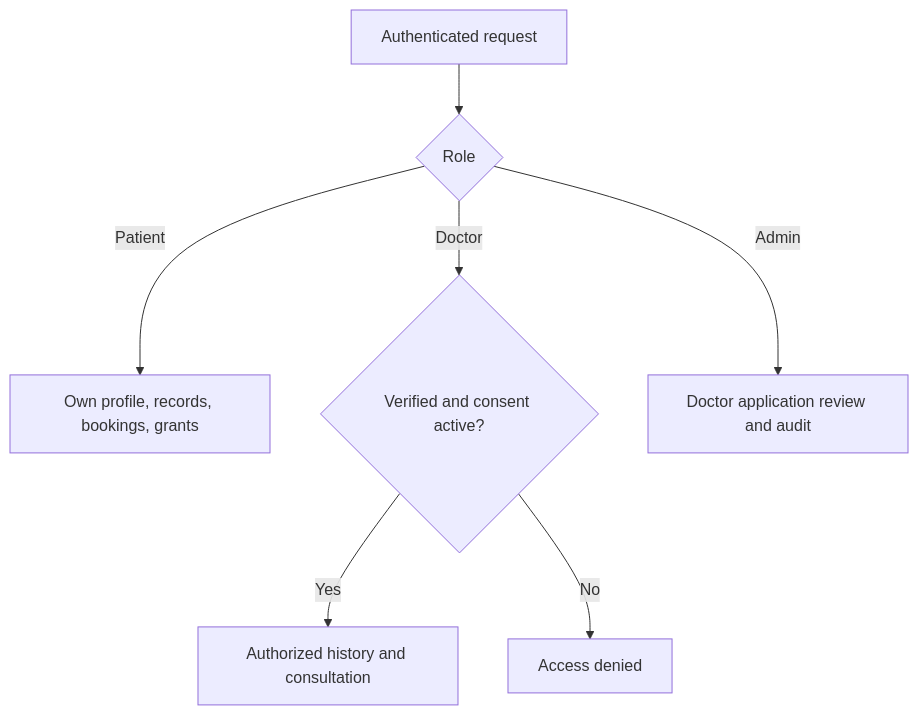
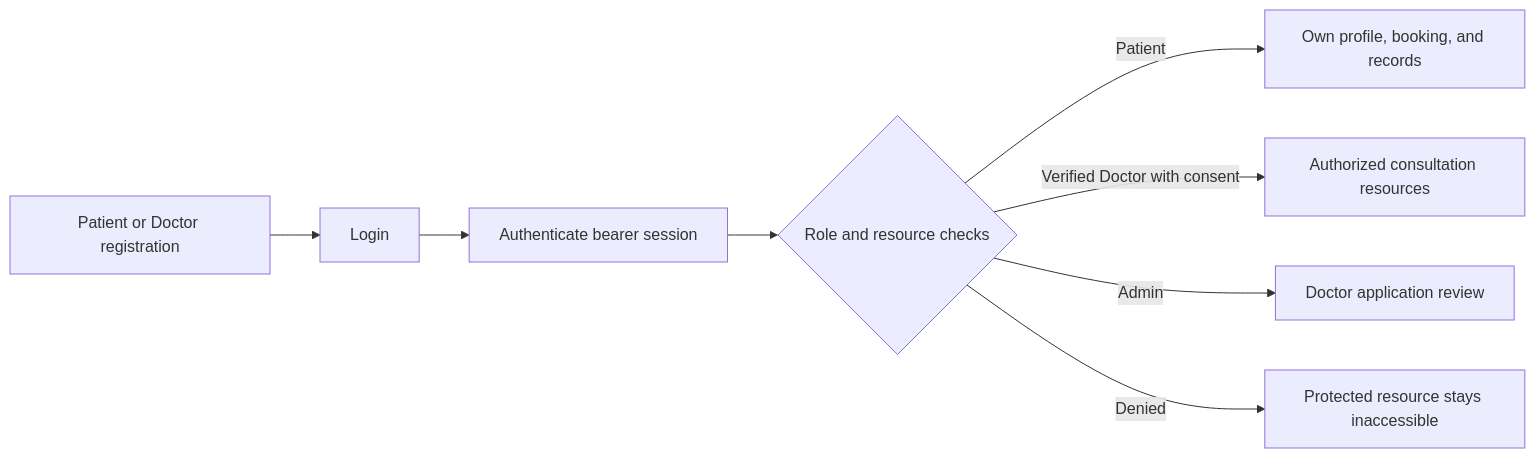
Before and after one commit to rdsne-08/Dr.250: the fourth of 5 diagrams in README.md, drawn with Mermaid. The commit also changed other lines of this file and 13 other files, not shown here.

````diff
--- a/README.md
+++ b/README.md
@@ -133,9 +84,10 @@
 ```mermaid
-flowchart TD
-  Request[Authenticated request] --> Role{Role}
-  Role -->|Patient| Own[Own profile, records, bookings, grants]
-  Role -->|Doctor| Verified{Verified and consent active?}
-  Verified -->|Yes| Care[Authorized history and consultation]
-  Verified -->|No| Deny[Access denied]
-  Role -->|Admin| Review[Doctor application review and audit]
+flowchart LR
+    R[Patient or Doctor registration] --> L[Login]
+    L --> A[Authenticate bearer session]
+    A --> G{Role and resource checks}
+    G -->|Patient| P[Own profile, booking, and records]
+    G -->|Verified Doctor with consent| D[Authorized consultation resources]
+    G -->|Admin| M[Doctor application review]
+    G -->|Denied| E[Protected resource stays inaccessible]
 ```
````
